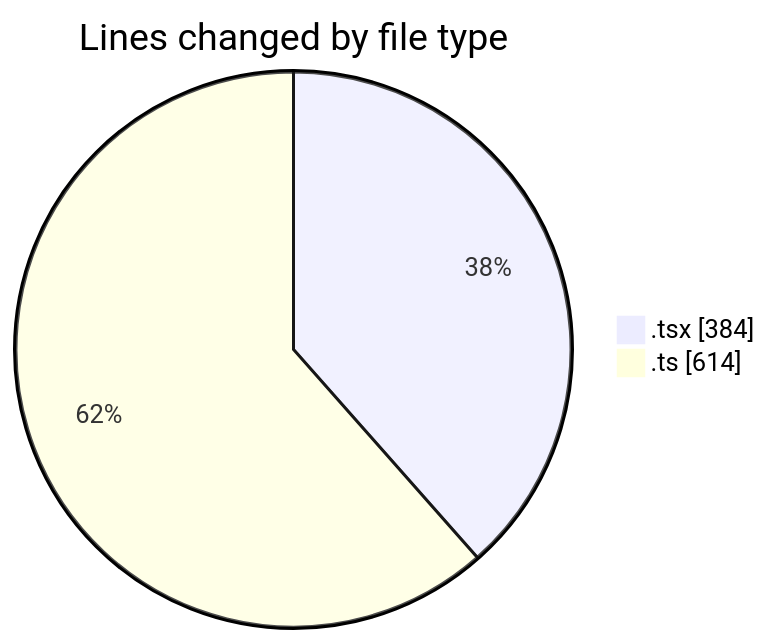
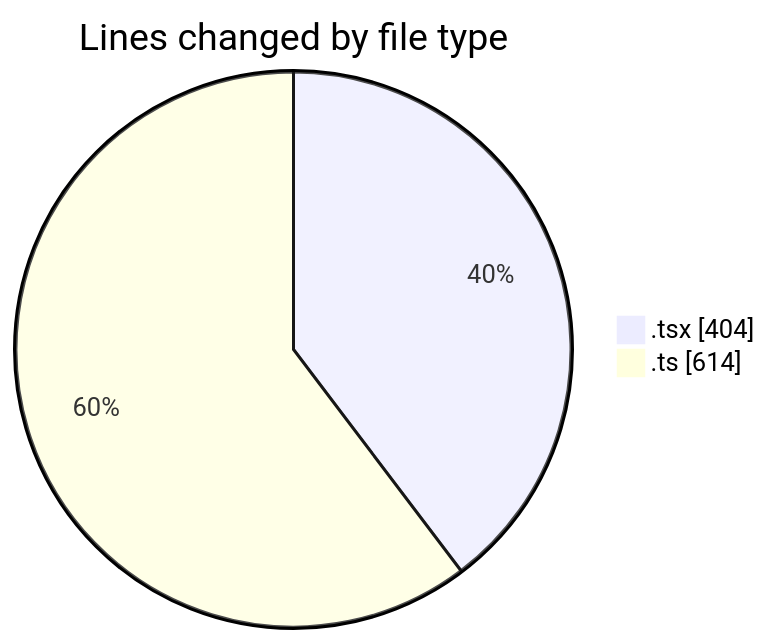
Before and after one commit to nxtqubesakshisongat/code-tracking: the first of 2 diagrams in 2026-05-18/nxtqube_webapp/README.md, drawn with Mermaid. The commit also changed other lines of this file and 1 other file, not shown here.

````diff
--- a/2026-05-18/nxtqube_webapp/README.md
+++ b/2026-05-18/nxtqube_webapp/README.md
@@ -24,6 +24,6 @@
 ```mermaid
 pie showData
 title Lines changed by file type
-".tsx" : 384
+".tsx" : 404
 ".ts" : 614
 ```
````
